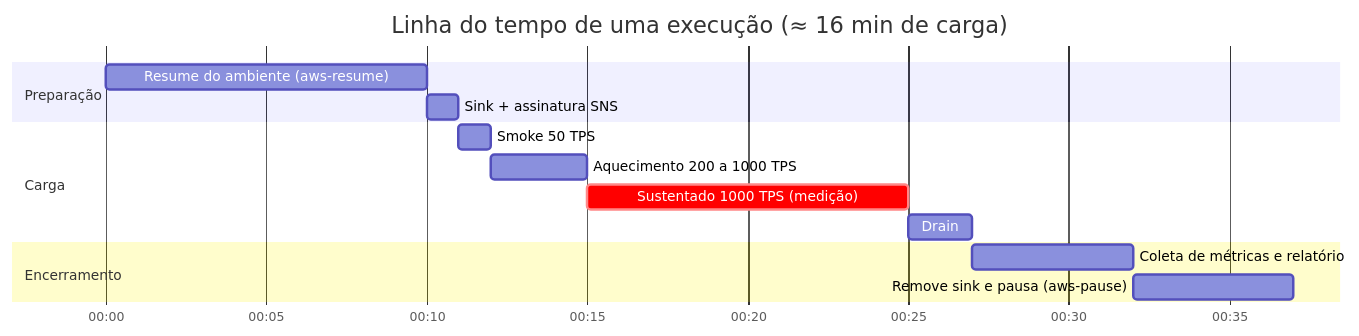
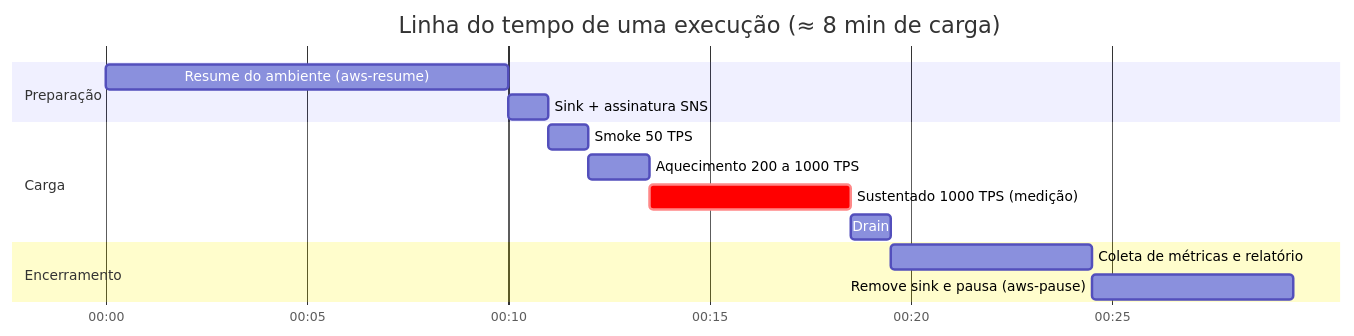
One commit to walissonsilva/real-time-fraud-detector changed the third of 8 diagrams in docs/teste-de-carga-aws-1000tps.md. Above: the diagram before and after it, drawn with Mermaid. The commit also changed other lines of this file and 3 other files, not shown here.

````diff
--- a/docs/teste-de-carga-aws-1000tps.md
+++ b/docs/teste-de-carga-aws-1000tps.md
@@ -131,17 +131,17 @@
 ```mermaid
 gantt
-    title Linha do tempo de uma execução (≈ 16 min de carga)
+    title Linha do tempo de uma execução (≈ 8 min de carga)
     dateFormat  HH:mm
     axisFormat  %H:%M
     section Preparação
     Resume do ambiente (aws-resume)      :prep1, 00:00, 10m
     Sink + assinatura SNS                :prep2, after prep1, 1m
     section Carga
     Smoke 50 TPS                         :load0, after prep2, 1m
-    Aquecimento 200 a 1000 TPS           :load1, after load0, 3m
-    Sustentado 1000 TPS (medição)        :crit, load2, after load1, 10m
-    Drain                                :load3, after load2, 2m
+    Aquecimento 200 a 1000 TPS           :load1, after load0, 90s
+    Sustentado 1000 TPS (medição)        :crit, load2, after load1, 5m
+    Drain                                :load3, after load2, 1m
     section Encerramento
     Coleta de métricas e relatório       :end1, after load3, 5m
     Remove sink e pausa (aws-pause)      :end2, after end1, 5m
 ```
````
